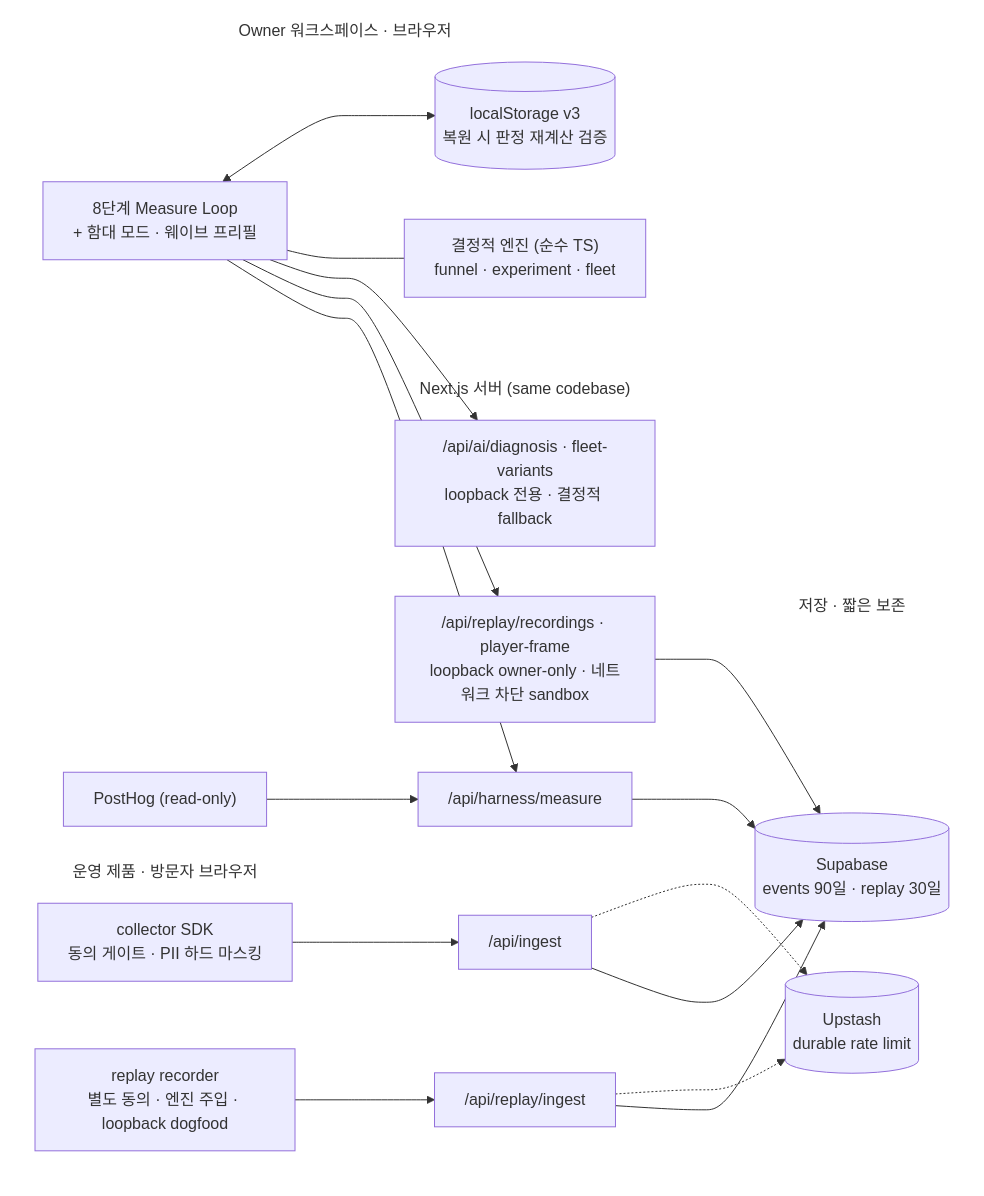
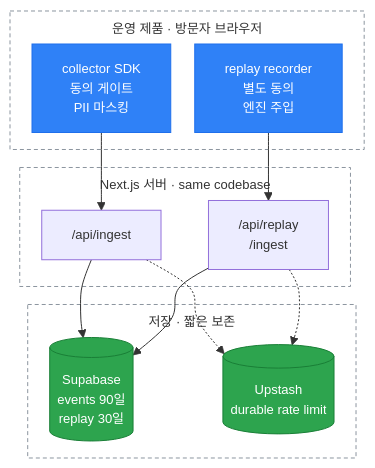
One commit to Power-xc/ux-measure-lab changed the second of 3 diagrams in README.md. Above: the diagram before and after it, drawn with Mermaid. The commit also changed other lines of this file, not shown here.

Commit message:
docs(readme): color architecture diagram nodes by role

````diff
--- a/README.md
+++ b/README.md
@@ -226,41 +225,29 @@
 ```mermaid
-%%{init: {"flowchart": {"subGraphTitleMargin": {"top": 8, "bottom": 8}}}}%%
-
-flowchart LR
+%%{init: {"flowchart": {"subGraphTitleMargin": {"top": 8, "bottom": 8}, "rankSpacing": 34, "nodeSpacing": 24}, "themeVariables": {"fontSize": "13px"}}}%%
+flowchart TD
   subgraph Visitor["운영 제품 · 방문자 브라우저"]
-    SDK["collector SDK<br/>동의 게이트 · PII 하드 마스킹"]
-    REC["replay recorder<br/>별도 동의 · 엔진 주입 · loopback dogfood"]
+    SDK["collector SDK<br/>동의 게이트<br/>PII 마스킹"]
+    REC["replay recorder<br/>별도 동의<br/>엔진 주입"]
   end
-  subgraph API["Next.js 서버 (same codebase)"]
+  subgraph API["Next.js 서버 · same codebase"]
     ING["/api/ingest"]
-    RING["/api/replay/ingest"]
-    MEAS["/api/harness/measure"]
-    RREAD["/api/replay/recordings · player-frame<br/>loopback owner-only · 네트워크 차단 sandbox"]
-    AIR["/api/ai/diagnosis · fleet-variants<br/>loopback 전용 · 결정적 fallback"]
+    RING["/api/replay<br/>/ingest"]
   end
   subgraph Store["저장 · 짧은 보존"]
-    SB[("Supabase<br/>events 90일 · replay 30일")]
+    SB[("Supabase<br/>events 90일<br/>replay 30일")]
     UP[("Upstash<br/>durable rate limit")]
   end
-  subgraph Owner["Owner 워크스페이스 · 브라우저"]
-    WS["8단계 Measure Loop<br/>+ 함대 모드 · 웨이브 프리필"]
-    ENG["결정적 엔진 (순수 TS)<br/>funnel · experiment · fleet"]
-    LS[("localStorage v3<br/>복원 시 판정 재계산 검증")]
-  end
-  PH["PostHog (read-only)"]
-  SDK --> ING --> SB
-  REC --> RING --> SB
+  SDK --> ING
+  REC --> RING
+  ING & RING --> SB
   ING -.-> UP
   RING -.-> UP
-  WS --> MEAS --> SB
-  PH --> MEAS
-  WS --> RREAD --> SB
-  WS --> AIR
-  WS --- ENG
-  WS <--> LS
 
-  style Visitor fill:transparent,stroke:transparent
-  style API fill:transparent,stroke:transparent
-  style Store fill:transparent,stroke:transparent
-  style Owner fill:transparent,stroke:transparent
+  classDef entry fill:#2f81f7,stroke:#1f6feb,color:#fff
+  classDef store fill:#2da44e,stroke:#1a7f37,color:#fff
+  class SDK,REC entry
+  class SB,UP store
+  style Visitor fill:transparent,stroke:#8c959f,stroke-dasharray:4 3
+  style API fill:transparent,stroke:#8c959f,stroke-dasharray:4 3
+  style Store fill:transparent,stroke:#8c959f,stroke-dasharray:4 3
 ```
````
